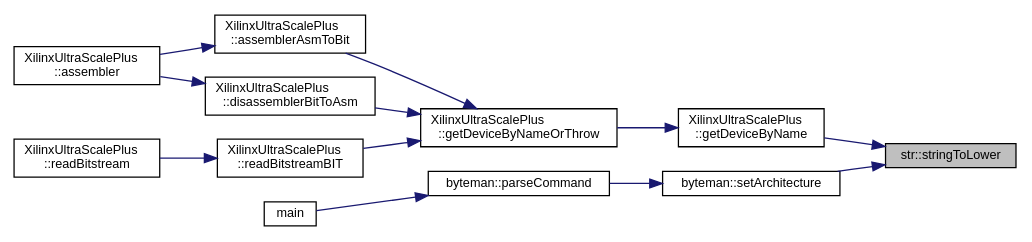
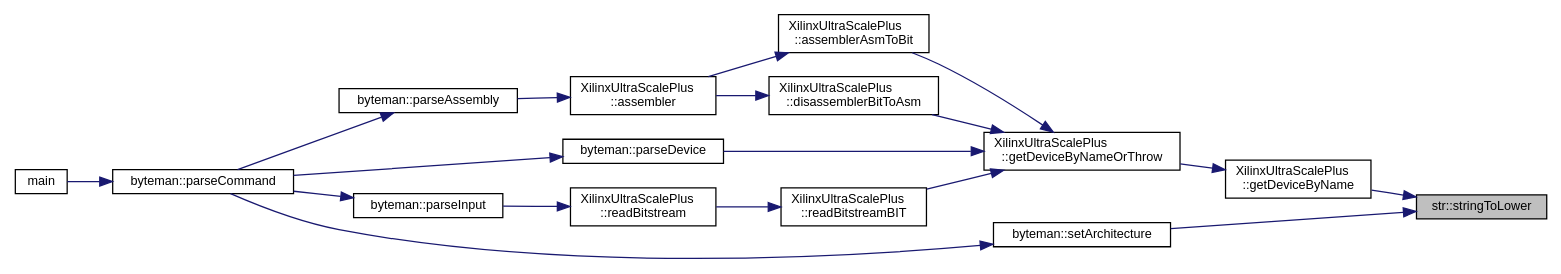
The diagram in namespacestr_a105c2a28a97e18e146cd18c000d2ecf5_icgraph.dot (FPGA-Research-Manchester/byteman), drawn with Graphviz before and after one commit. The commit also changed 713 other files, not shown here.

```diff
--- a/namespacestr_a105c2a28a97e18e146cd18c000d2ecf5_icgraph.dot
+++ b/namespacestr_a105c2a28a97e18e146cd18c000d2ecf5_icgraph.dot
@@ -1,30 +1,39 @@
 digraph "str::stringToLower"
 {
  // INTERACTIVE_SVG=YES
  // LATEX_PDF_SIZE
   edge [fontname="Helvetica",fontsize="10",labelfontname="Helvetica",labelfontsize="10"];
   node [fontname="Helvetica",fontsize="10",shape=record];
   rankdir="RL";
   Node1 [label="str::stringToLower",height=0.2,width=0.4,color="black", fillcolor="grey75", style="filled", fontcolor="black",tooltip=" "];
   Node1 -> Node2 [dir="back",color="midnightblue",fontsize="10",style="solid",fontname="Helvetica"];
   Node2 [label="XilinxUltraScalePlus\l::getDeviceByName",height=0.2,width=0.4,color="black", fillcolor="white", style="filled",URL="$classXilinxUltraScalePlus.html#aff5435669bcff7d1a37611e13d32a3f4",tooltip=" "];
   Node2 -> Node3 [dir="back",color="midnightblue",fontsize="10",style="solid",fontname="Helvetica"];
   Node3 [label="XilinxUltraScalePlus\l::getDeviceByNameOrThrow",height=0.2,width=0.4,color="black", fillcolor="white", style="filled",URL="$classXilinxUltraScalePlus.html#aa7161a5191cf43caf46263dbc82a45ef",tooltip=" "];
   Node3 -> Node4 [dir="back",color="midnightblue",fontsize="10",style="solid",fontname="Helvetica"];
   Node4 [label="XilinxUltraScalePlus\l::assemblerAsmToBit",height=0.2,width=0.4,color="black", fillcolor="white", style="filled",URL="$classXilinxUltraScalePlus.html#a058802c627c4177c6fd88ca079551207",tooltip=" "];
   Node4 -> Node5 [dir="back",color="midnightblue",fontsize="10",style="solid",fontname="Helvetica"];
   Node5 [label="XilinxUltraScalePlus\l::assembler",height=0.2,width=0.4,color="black", fillcolor="white", style="filled",URL="$classXilinxUltraScalePlus.html#a53e5f6ec962f1f2a961f90b8b9e90e10",tooltip=" "];
-  Node3 -> Node6 [dir="back",color="midnightblue",fontsize="10",style="solid",fontname="Helvetica"];
-  Node6 [label="XilinxUltraScalePlus\l::disassemblerBitToAsm",height=0.2,width=0.4,color="black", fillcolor="white", style="filled",URL="$classXilinxUltraScalePlus.html#a54f9af4b6723a99c0b9e8e9c9b424d00",tooltip=" "];
-  Node6 -> Node5 [dir="back",color="midnightblue",fontsize="10",style="solid",fontname="Helvetica"];
-  Node3 -> Node7 [dir="back",color="midnightblue",fontsize="10",style="solid",fontname="Helvetica"];
-  Node7 [label="XilinxUltraScalePlus\l::readBitstreamBIT",height=0.2,width=0.4,color="black", fillcolor="white", style="filled",URL="$classXilinxUltraScalePlus.html#a62dea738808396d7d520f26d8e5594d2",tooltip=" "];
+  Node5 -> Node6 [dir="back",color="midnightblue",fontsize="10",style="solid",fontname="Helvetica"];
+  Node6 [label="byteman::parseAssembly",height=0.2,width=0.4,color="black", fillcolor="white", style="filled",URL="$classbyteman.html#a5e7f2e31d95626075a6ce22b54ecbbf8",tooltip=" "];
+  Node6 -> Node7 [dir="back",color="midnightblue",fontsize="10",style="solid",fontname="Helvetica"];
+  Node7 [label="byteman::parseCommand",height=0.2,width=0.4,color="black", fillcolor="white", style="filled",URL="$classbyteman.html#a97ad2d6b20a10ddb0dd8d373159eea4e",tooltip=" "];
   Node7 -> Node8 [dir="back",color="midnightblue",fontsize="10",style="solid",fontname="Helvetica"];
-  Node8 [label="XilinxUltraScalePlus\l::readBitstream",height=0.2,width=0.4,color="black", fillcolor="white", style="filled",URL="$classXilinxUltraScalePlus.html#a0e5d08a2e5c37a29a1a04d50b48739d2",tooltip=" "];
-  Node1 -> Node9 [dir="back",color="midnightblue",fontsize="10",style="solid",fontname="Helvetica"];
-  Node9 [label="byteman::setArchitecture",height=0.2,width=0.4,color="black", fillcolor="white", style="filled",URL="$classbyteman.html#a035f9f0419ab25a7463ff44117c1f5e0",tooltip=" "];
-  Node9 -> Node10 [dir="back",color="midnightblue",fontsize="10",style="solid",fontname="Helvetica"];
-  Node10 [label="byteman::parseCommand",height=0.2,width=0.4,color="black", fillcolor="white", style="filled",URL="$classbyteman.html#a97ad2d6b20a10ddb0dd8d373159eea4e",tooltip=" "];
-  Node10 -> Node11 [dir="back",color="midnightblue",fontsize="10",style="solid",fontname="Helvetica"];
-  Node11 [label="main",height=0.2,width=0.4,color="black", fillcolor="white", style="filled",URL="$byteman_8cpp.html#a0ddf1224851353fc92bfbff6f499fa97",tooltip=" "];
+  Node8 [label="main",height=0.2,width=0.4,color="black", fillcolor="white", style="filled",URL="$byteman_8cpp.html#a0ddf1224851353fc92bfbff6f499fa97",tooltip=" "];
+  Node3 -> Node9 [dir="back",color="midnightblue",fontsize="10",style="solid",fontname="Helvetica"];
+  Node9 [label="XilinxUltraScalePlus\l::disassemblerBitToAsm",height=0.2,width=0.4,color="black", fillcolor="white", style="filled",URL="$classXilinxUltraScalePlus.html#a54f9af4b6723a99c0b9e8e9c9b424d00",tooltip=" "];
+  Node9 -> Node5 [dir="back",color="midnightblue",fontsize="10",style="solid",fontname="Helvetica"];
+  Node3 -> Node10 [dir="back",color="midnightblue",fontsize="10",style="solid",fontname="Helvetica"];
+  Node10 [label="byteman::parseDevice",height=0.2,width=0.4,color="black", fillcolor="white", style="filled",URL="$classbyteman.html#ae08e2c9557d8266f20780e1c14cf9f45",tooltip=" "];
+  Node10 -> Node7 [dir="back",color="midnightblue",fontsize="10",style="solid",fontname="Helvetica"];
+  Node3 -> Node11 [dir="back",color="midnightblue",fontsize="10",style="solid",fontname="Helvetica"];
+  Node11 [label="XilinxUltraScalePlus\l::readBitstreamBIT",height=0.2,width=0.4,color="black", fillcolor="white", style="filled",URL="$classXilinxUltraScalePlus.html#a62dea738808396d7d520f26d8e5594d2",tooltip=" "];
+  Node11 -> Node12 [dir="back",color="midnightblue",fontsize="10",style="solid",fontname="Helvetica"];
+  Node12 [label="XilinxUltraScalePlus\l::readBitstream",height=0.2,width=0.4,color="black", fillcolor="white", style="filled",URL="$classXilinxUltraScalePlus.html#a0e5d08a2e5c37a29a1a04d50b48739d2",tooltip=" "];
+  Node12 -> Node13 [dir="back",color="midnightblue",fontsize="10",style="solid",fontname="Helvetica"];
+  Node13 [label="byteman::parseInput",height=0.2,width=0.4,color="black", fillcolor="white", style="filled",URL="$classbyteman.html#ac217ac1dbc512bf44a70b147c0ceff04",tooltip=" "];
+  Node13 -> Node7 [dir="back",color="midnightblue",fontsize="10",style="solid",fontname="Helvetica"];
+  Node1 -> Node14 [dir="back",color="midnightblue",fontsize="10",style="solid",fontname="Helvetica"];
+  Node14 [label="byteman::setArchitecture",height=0.2,width=0.4,color="black", fillcolor="white", style="filled",URL="$classbyteman.html#a035f9f0419ab25a7463ff44117c1f5e0",tooltip=" "];
+  Node14 -> Node7 [dir="back",color="midnightblue",fontsize="10",style="solid",fontname="Helvetica"];
 }
```
